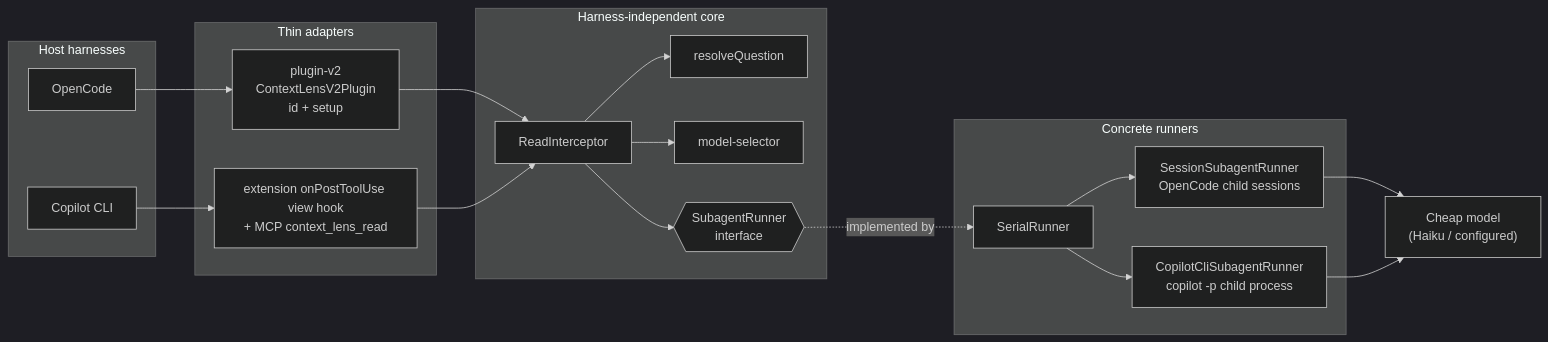
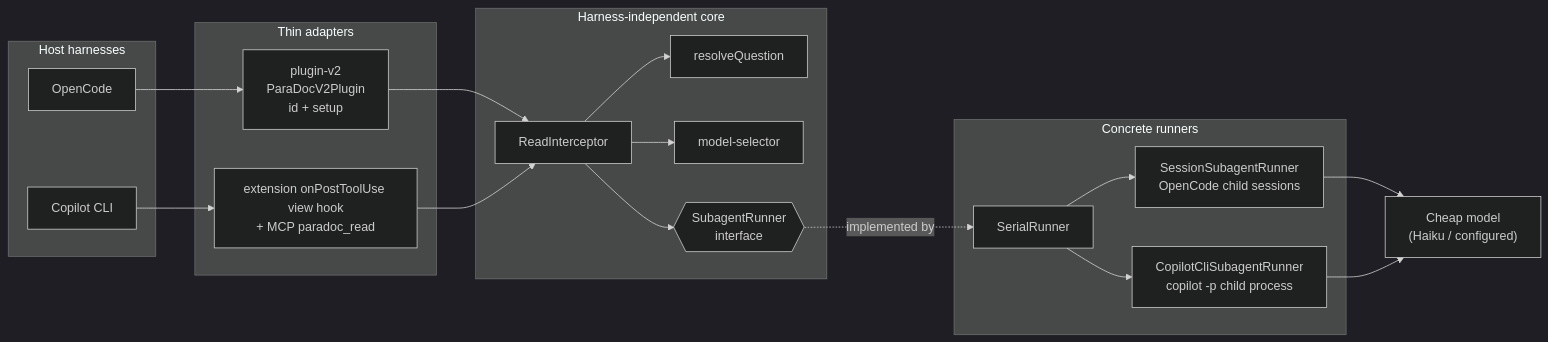
Before and after one commit to nagydavid/context-lens: the first of 2 diagrams in README.md, drawn with Mermaid (dark theme). The commit also changed other lines of this file and 52 other files, not shown here.

````diff
--- a/README.md
+++ b/README.md
@@ -28,38 +42,38 @@
 ```mermaid
 flowchart LR
     subgraph Hosts["Host harnesses"]
         OC["OpenCode"]
         CC["Copilot CLI"]
     end
 
     subgraph Adapters["Thin adapters"]
-        OCV2["plugin-v2<br/>ContextLensV2Plugin<br/>id + setup"]
-        CMCP["extension onPostToolUse view hook<br/>+ MCP context_lens_read"]
+        OCV2["plugin-v2<br/>ParaDocV2Plugin<br/>id + setup"]
+        CMCP["extension onPostToolUse view hook<br/>+ MCP paradoc_read"]
     end
 
     subgraph Core["Harness-independent core"]
         RI["ReadInterceptor"]
         Q["resolveQuestion"]
         MS["model-selector"]
         SR{{"SubagentRunner<br/>interface"}}
     end
 
     subgraph Runner["Concrete runners"]
         SS["SessionSubagentRunner<br/>OpenCode child sessions"]
         CR["CopilotCliSubagentRunner<br/>copilot -p child process"]
         SER["SerialRunner"]
     end
 
     CM["Cheap model<br/>(Haiku / configured)"]
 
     OC --> OCV2 --> RI
     CC --> CMCP --> RI
     RI --> Q
     RI --> MS
     RI --> SR
     SR -.implemented by.-> SER
     SER --> SS
     SER --> CR
     SS --> CM
     CR --> CM
 ```
````
